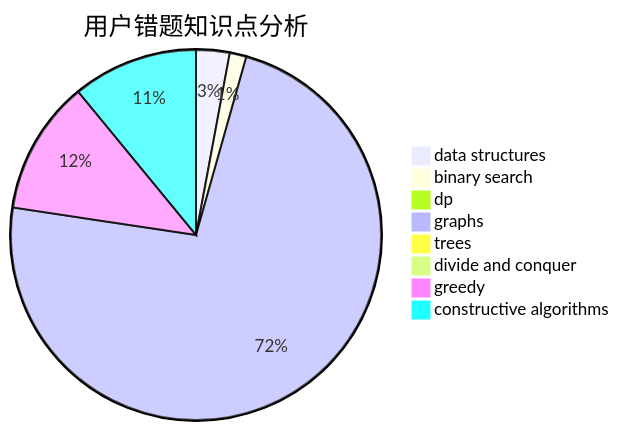
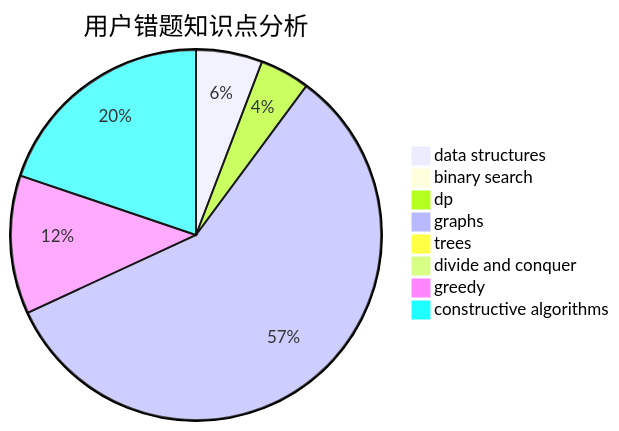
Before and after one commit to sherpahu/cfrs.github.io: the third of 3 diagrams in docs/user/u1454.md, drawn with Mermaid. The commit also changed other lines of this file and 2770 other files, not shown here.

````diff
--- a/docs/user/u1454.md
+++ b/docs/user/u1454.md
@@ -36,11 +36,11 @@
 ```mermaid
 pie title 用户错题知识点分析
-    "data structures" :  4
+    "data structures" :  12
     "binary search" :  2
-    "dp" :  1
-    "graphs" :  100
+    "dp" :  9
+    "graphs" :  120
     "trees" :  0
-    "divide and conquer" :  0
-    "greedy" :  16
-    "constructive algorithms" :  15
+    "divide and conquer" :  1
+    "greedy" :  25
+    "constructive algorithms" :  41
 ```
````
